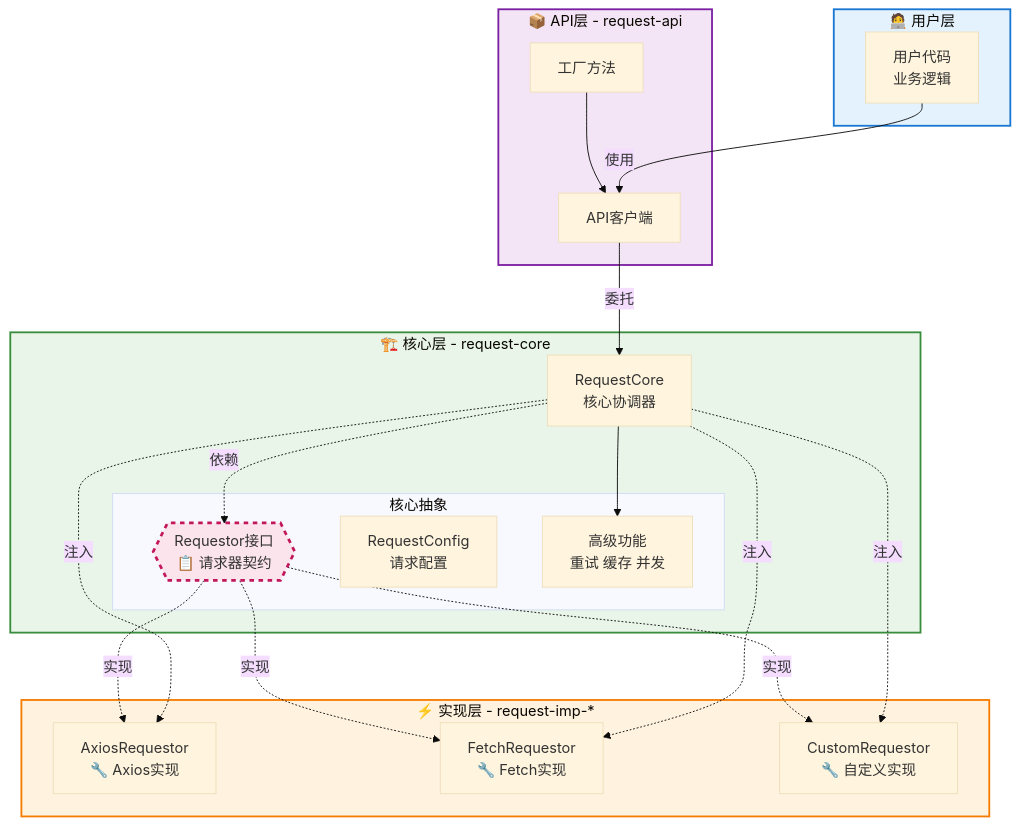
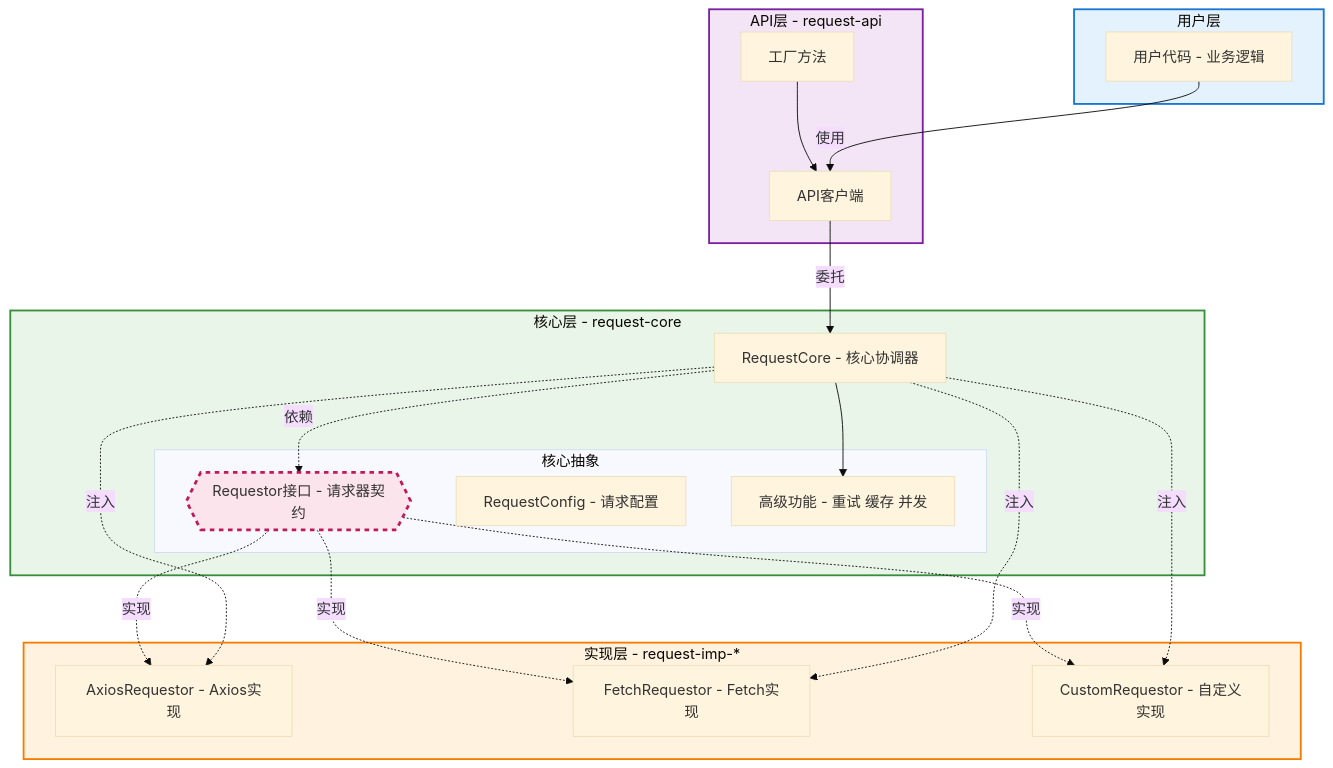
Before and after one commit to warmeaf/gh-request-lib: the diagram in docs/request-lib-docs/concepts/architecture.md, drawn with Mermaid (base theme). The commit also changed other lines of this file and 13 other files, not shown here.

````diff
--- a/docs/request-lib-docs/concepts/architecture.md
+++ b/docs/request-lib-docs/concepts/architecture.md
@@ -122,63 +105,63 @@
 ```mermaid
 graph TD
     %% 用户层
-    subgraph UserLayer[🧑‍💻 用户层]
-        User[用户代码<br/>业务逻辑]
+    subgraph UserLayer[用户层]
+        User[用户代码 - 业务逻辑]
     end
 
     %% API抽象层
-    subgraph ApiLayer[📦 API层 - request-api]
+    subgraph ApiLayer[API层 - request-api]
         ApiFactory[工厂方法]
         ApiClient[API客户端]
         ApiFactory --> ApiClient
     end
 
     %% 核心业务层
-    subgraph CoreLayer[🏗️ 核心层 - request-core]
-        RequestCore[RequestCore<br/>核心协调器]
+    subgraph CoreLayer[核心层 - request-core]
+        RequestCore[RequestCore - 核心协调器]
 
         %% 核心抽象接口
         subgraph CoreAbstractions[核心抽象]
-            Requestor{{Requestor接口<br/>📋 请求器契约}}
-            RequestConfig[RequestConfig<br/>请求配置]
-            Features[高级功能<br/>重试 缓存 并发]
+            Requestor{{Requestor接口 - 请求器契约}}
+            RequestConfig[RequestConfig - 请求配置]
+            Features[高级功能 - 重试 缓存 并发]
         end
 
         RequestCore -.->|依赖| Requestor
         RequestCore --> Features
     end
 
     %% 实现层
-    subgraph ImplLayer[⚡ 实现层 - request-imp-*]
-        AxiosImpl[AxiosRequestor<br/>🔧 Axios实现]
-        FetchImpl[FetchRequestor<br/>🔧 Fetch实现]
-        CustomImpl[CustomRequestor<br/>🔧 自定义实现]
+    subgraph ImplLayer[实现层 - request-imp-*]
+        AxiosImpl[AxiosRequestor - Axios实现]
+        FetchImpl[FetchRequestor - Fetch实现]
+        CustomImpl[CustomRequestor - 自定义实现]
     end
 
     %% 依赖关系流向
     User -->|使用| ApiClient
     ApiClient -->|委托| RequestCore
 
     %% 依赖倒置核心体现
     Requestor -.->|实现| AxiosImpl
     Requestor -.->|实现| FetchImpl
     Requestor -.->|实现| CustomImpl
 
     %% 依赖注入
     RequestCore -.->|注入| AxiosImpl
     RequestCore -.->|注入| FetchImpl
     RequestCore -.->|注入| CustomImpl
 
     %% 样式定义
     classDef userStyle fill:#e3f2fd,stroke:#1976d2,stroke-width:2px
     classDef apiStyle fill:#f3e5f5,stroke:#7b1fa2,stroke-width:2px
     classDef coreStyle fill:#e8f5e8,stroke:#388e3c,stroke-width:2px
     classDef implStyle fill:#fff3e0,stroke:#f57c00,stroke-width:2px
     classDef abstractStyle fill:#fce4ec,stroke:#c2185b,stroke-width:3px,stroke-dasharray: 5 5
 
     class UserLayer userStyle
     class ApiLayer apiStyle
     class CoreLayer coreStyle
     class ImplLayer implStyle
     class Requestor abstractStyle
 ```
````
